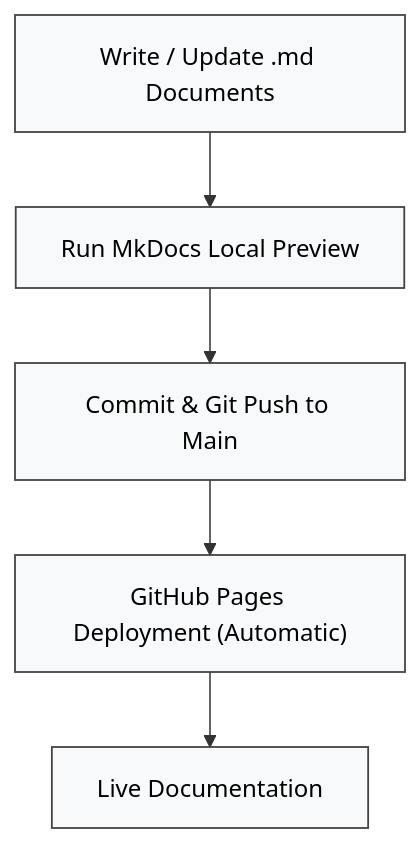
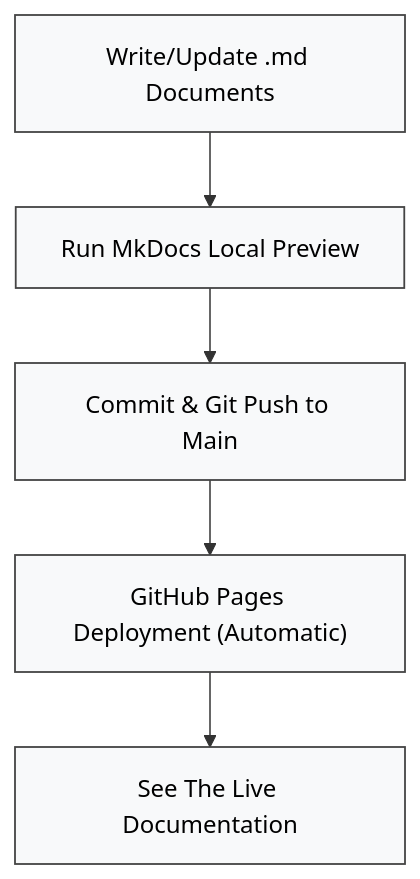
One commit to UMBE-LAB/CityBEM-Docs changed the diagram in README.md. Above: the diagram before and after it, drawn with Mermaid.

Commit message:
Revised the README.md file.

````diff
--- a/README.md
+++ b/README.md
@@ -67,13 +67,13 @@
 ```mermaid
 graph TD
 
-    A["Write / Update .md Documents"] --> B
+    A["Write/Update .md Documents"] --> B
     B["Run MkDocs Local Preview"] --> C
     C["Commit & Git Push to Main"] --> D
     D["GitHub Pages Deployment (Automatic)"] --> E
-    E["Live Documentation"]
+    E["See The Live Documentation"]
 
     %% Professional neutral theme
     classDef node fill:#f8f9fa,stroke:#444,stroke-width:1.2px,color:#000,border-radius:4px;
     class A,B,C,D,E node;
 ```
````
